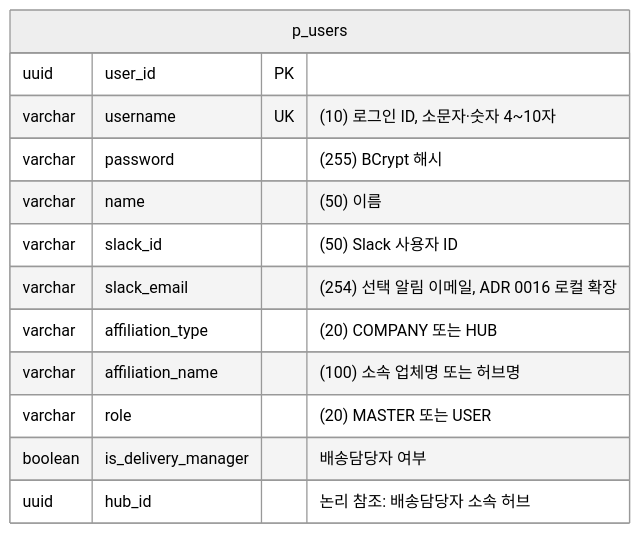
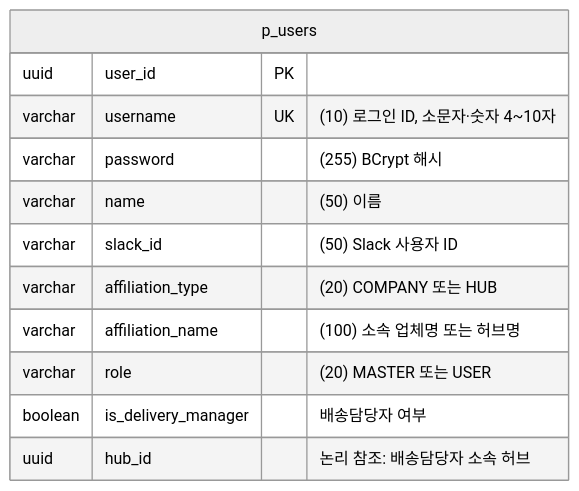
One commit to logistics-group3/logistics-management changed diagram 13 of 20 in docs/SA/sparta-logistics-sa.md. Above: the diagram before and after it, drawn with Mermaid (neutral theme). The commit also changed other lines of this file and 608 other files, not shown here.

````diff
--- a/docs/SA/sparta-logistics-sa.md
+++ b/docs/SA/sparta-logistics-sa.md
@@ -475,16 +469,15 @@
 ```mermaid
 erDiagram
     p_users {
         uuid user_id PK
         varchar username UK "(10) 로그인 ID, 소문자·숫자 4~10자"
         varchar password "(255) BCrypt 해시"
         varchar name "(50) 이름"
         varchar slack_id "(50) Slack 사용자 ID"
-        varchar slack_email "(254) 선택 알림 이메일, ADR 0016 로컬 확장"
         varchar affiliation_type "(20) COMPANY 또는 HUB"
         varchar affiliation_name "(100) 소속 업체명 또는 허브명"
         varchar role "(20) MASTER 또는 USER"
         boolean is_delivery_manager "배송담당자 여부"
         uuid hub_id "논리 참조: 배송담당자 소속 허브"
     }
 ```
````
